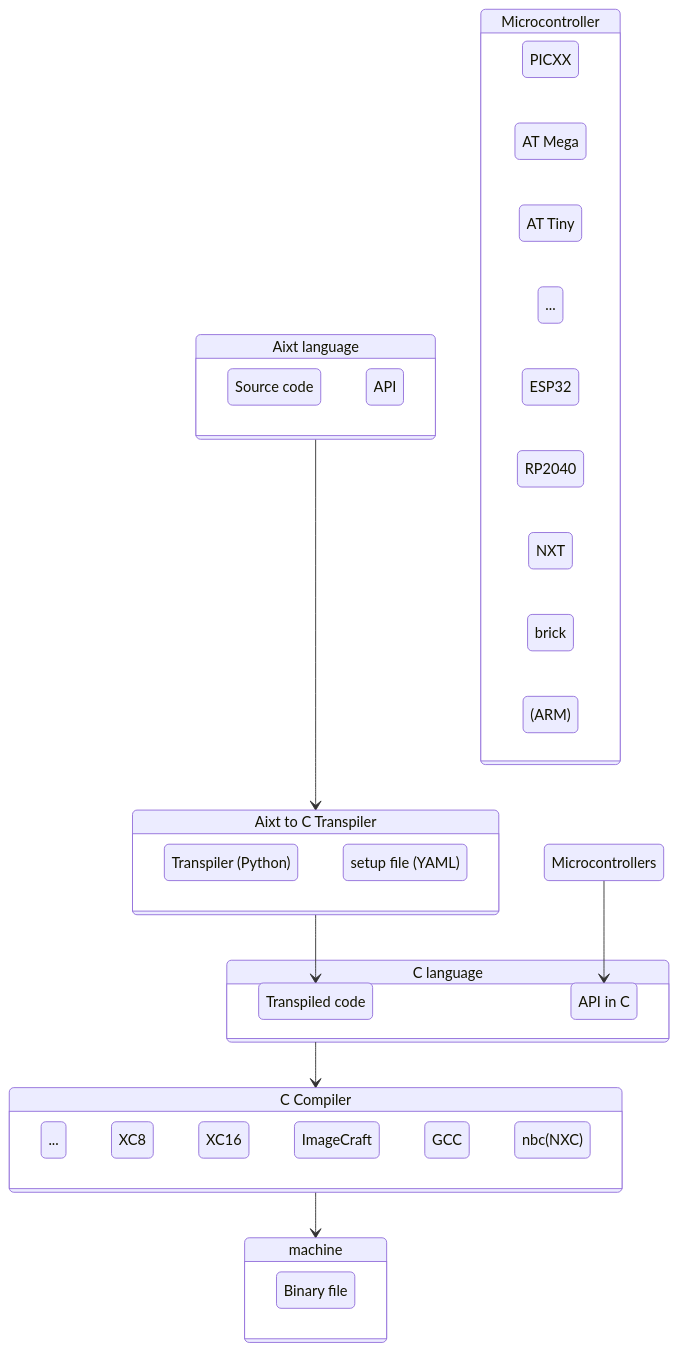
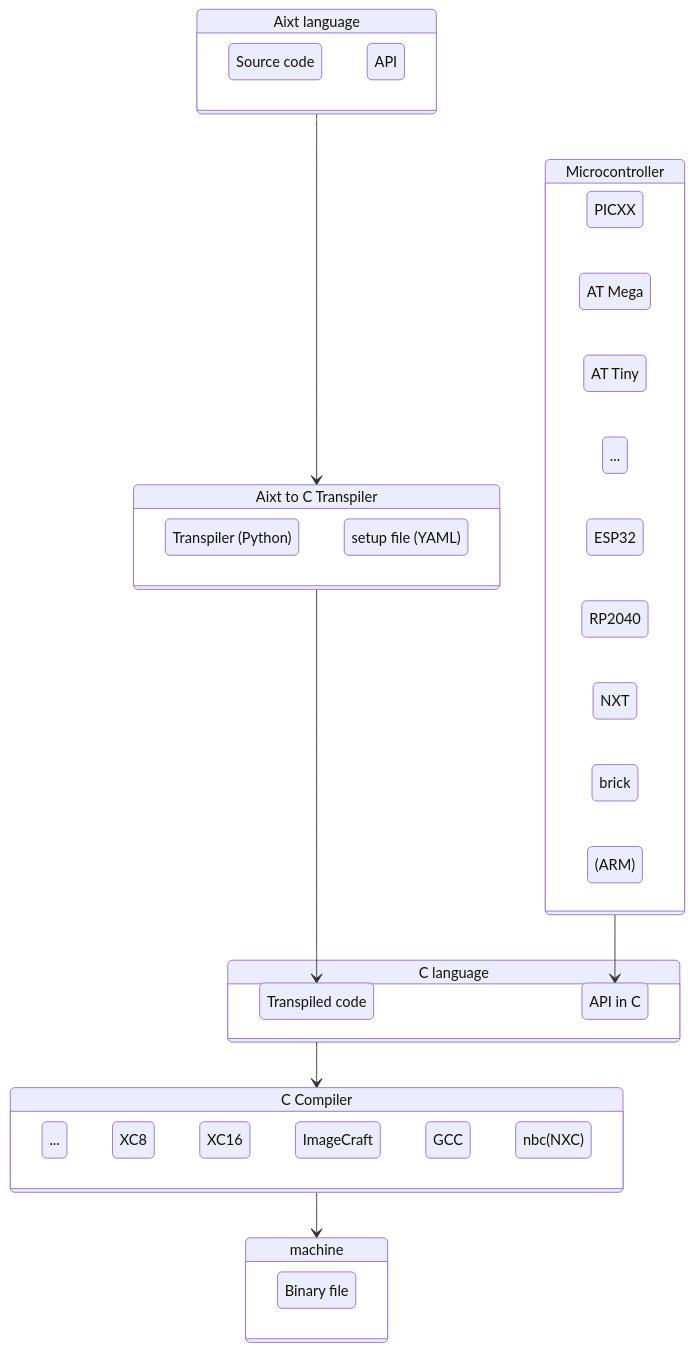
Before and after one commit to fermarsan/aixt: the diagram in README.md, drawn with Mermaid.

Commit message:
Diagram update

````diff
--- a/README.md
+++ b/README.md
@@ -9,57 +9,57 @@
 ```mermaid
 stateDiagram-v2
 
     Aixt: Aixt language
     state Aixt {
         source: Source code
         API
     }
 
     Aixt2C: Aixt to C Transpiler
     state Aixt2C {
         Transpiler: Transpiler (Python)
         setup: setup file (YAML)
     }
 
     C: C language
     state C {
         Tr_Code: Transpiled code
         API_C: API in C
     }
 
     state Microcontroller {
         direction RL
         PICs: PICXX
         ATM: AT Mega
         ATT: AT Tiny
         others2: ...
         ESP32
         RP2040
         NXT brick (ARM) 
     }
 
     C_Compiler: C Compiler
     state C_Compiler {
         others: ...
         XC8  
         XC16 
         ImageCraft
         GCC  
         others 
         nbc(NXC) 
     }
     
     machine
     state machine {
         BF: Binary file
     }
     
     Aixt     --> Aixt2C 
     Aixt2C  --> Tr_Code
 
     C     --> C_Compiler
 
     C_Compiler  --> machine
 
-    Microcontrollers --> API_C
+    Microcontroller --> API_C
 ```
````
